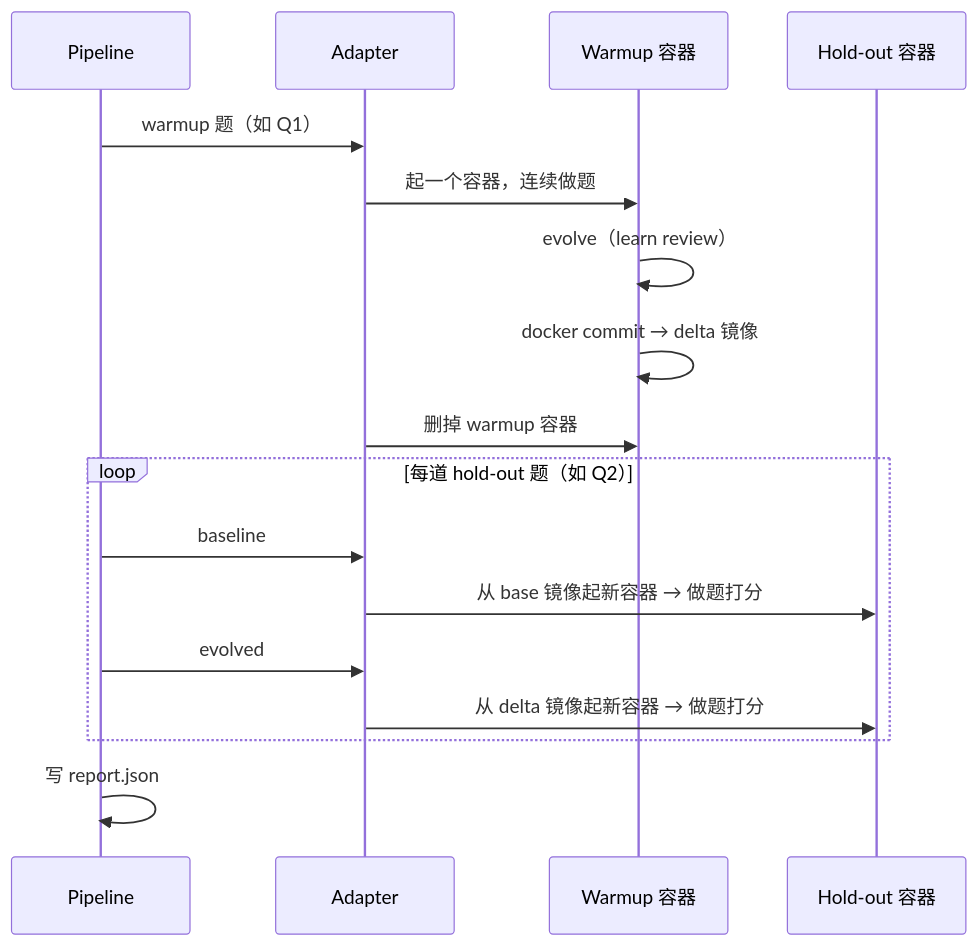
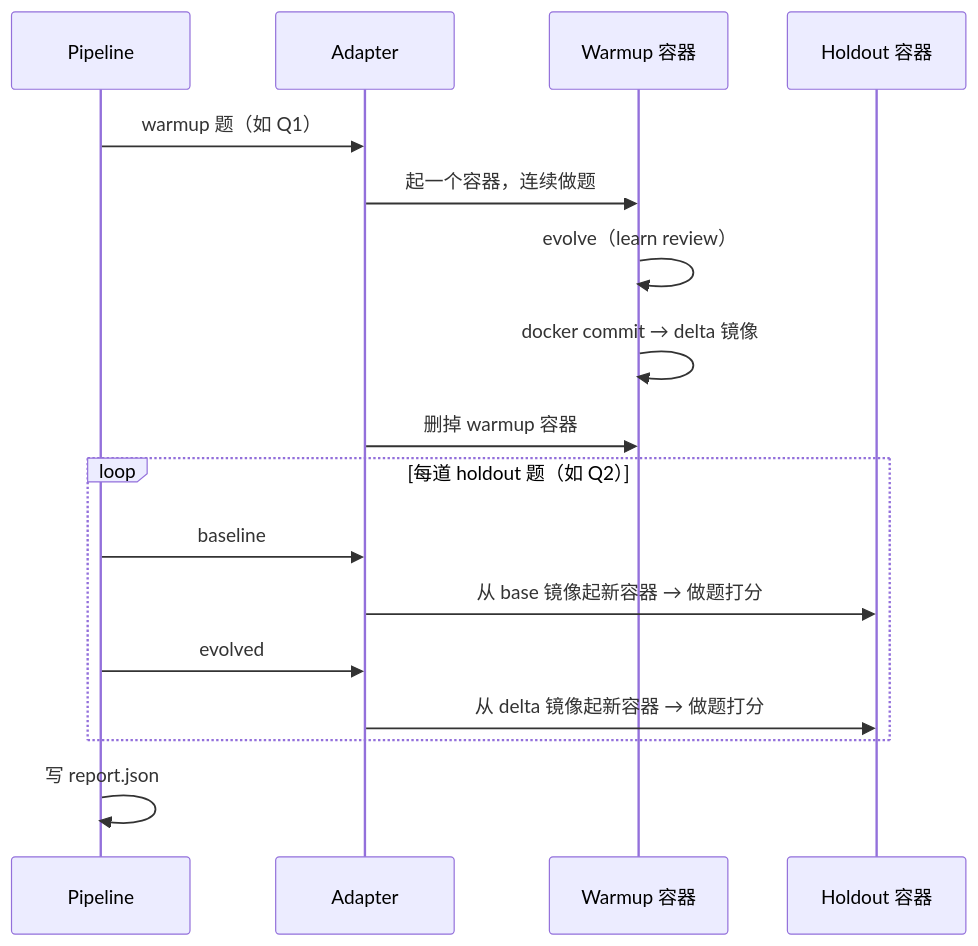
One commit to FeiZhuNiU-INFJA/LIFT changed the diagram in docs/lift-framework-guide-cn.md. Above: the diagram before and after it, drawn with Mermaid. The commit also changed other lines of this file and 35 other files, not shown here.

First line of the commit message:
refactor: 统一将 hold-out 拼写修正为 holdout

````diff
--- a/docs/lift-framework-guide-cn.md
+++ b/docs/lift-framework-guide-cn.md
@@ -46,22 +46,22 @@
 ```mermaid
 sequenceDiagram
     participant P as Pipeline
     participant A as Adapter
     participant W as Warmup 容器
-    participant H as Hold-out 容器
+    participant H as Holdout 容器
 
     P->>A: warmup 题（如 Q1）
     A->>W: 起一个容器，连续做题
     W->>W: evolve（learn review）
     W->>W: docker commit → delta 镜像
     A->>W: 删掉 warmup 容器
 
-    loop 每道 hold-out 题（如 Q2）
+    loop 每道 holdout 题（如 Q2）
         P->>A: baseline
         A->>H: 从 base 镜像起新容器 → 做题打分
         P->>A: evolved
         A->>H: 从 delta 镜像起新容器 → 做题打分
     end
 
     P->>P: 写 report.json
 ```
````
